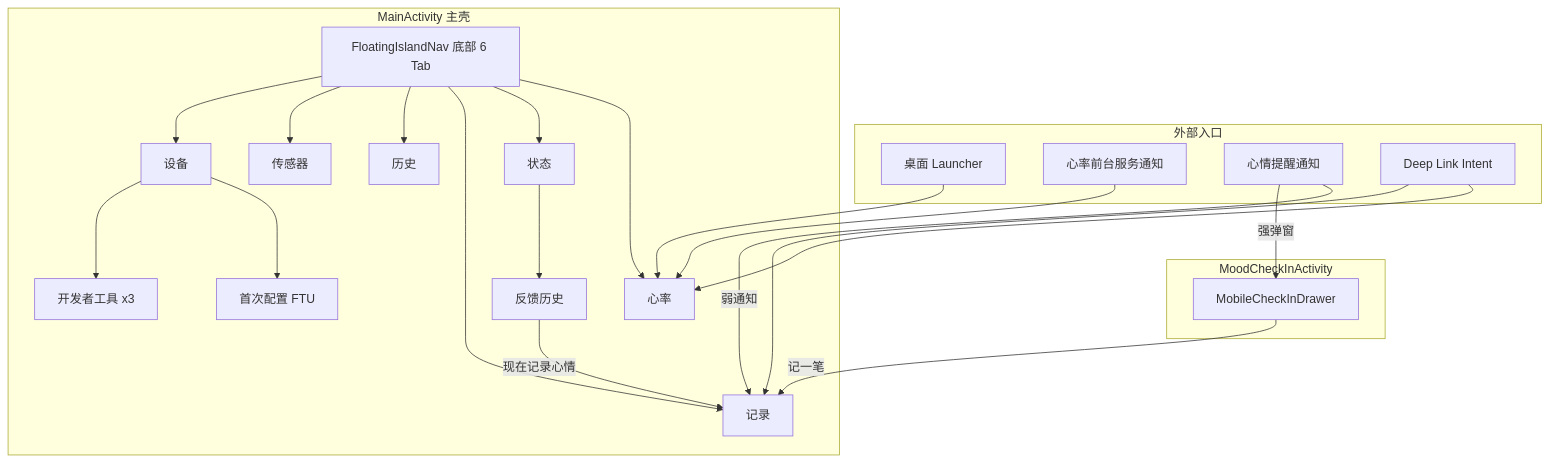
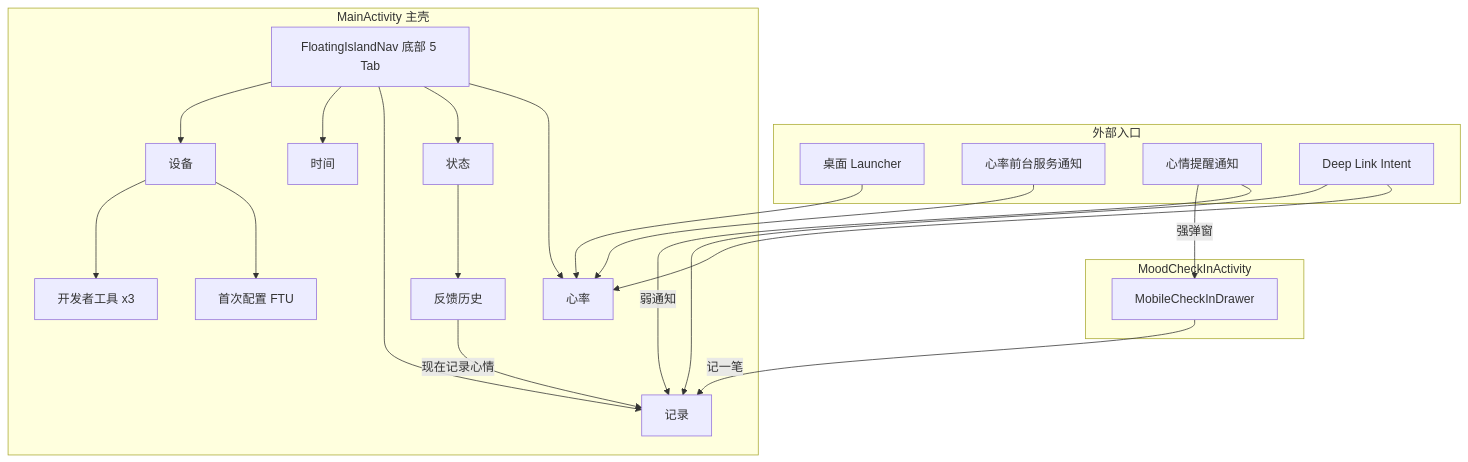
Before and after one commit to 123yangyan/Power---Develop: the first of 2 diagrams in mindbody-android/UI-SCREENS.md, drawn with Mermaid. The commit also changed other lines of this file and 34 other files, not shown here.

````diff
--- a/mindbody-android/UI-SCREENS.md
+++ b/mindbody-android/UI-SCREENS.md
@@ -14,35 +14,34 @@
 ```mermaid
 flowchart TB
     subgraph external [外部入口]
         LAUNCHER[桌面 Launcher]
         NOTIF_HR[心率前台服务通知]
         NOTIF_MOOD[心情提醒通知]
         DEEPLINK[Deep Link Intent]
     end
 
     subgraph main [MainActivity 主壳]
-        NAV[FloatingIslandNav 底部 6 Tab]
+        NAV[FloatingIslandNav 底部 5 Tab]
         NAV --> HR[心率]
         NAV --> PS[状态]
         NAV --> MR[记录]
-        NAV --> MH[历史]
-        NAV --> SN[传感器]
+        NAV --> TL[时间]
         NAV --> DV[设备]
         PS --> FH[反馈历史]
         DV --> FTU[首次配置 FTU]
         DV --> DEV[开发者工具 x3]
     end
 
     subgraph checkin [MoodCheckInActivity]
         DRAWER[MobileCheckInDrawer]
     end
 
     LAUNCHER --> HR
     NOTIF_HR --> HR
     NOTIF_MOOD -->|弱通知| MR
     NOTIF_MOOD -->|强弹窗| DRAWER
     DEEPLINK --> HR
     DEEPLINK --> MR
     FH -->|现在记录心情| MR
     DRAWER -->|记一笔| MR
 ```
````
